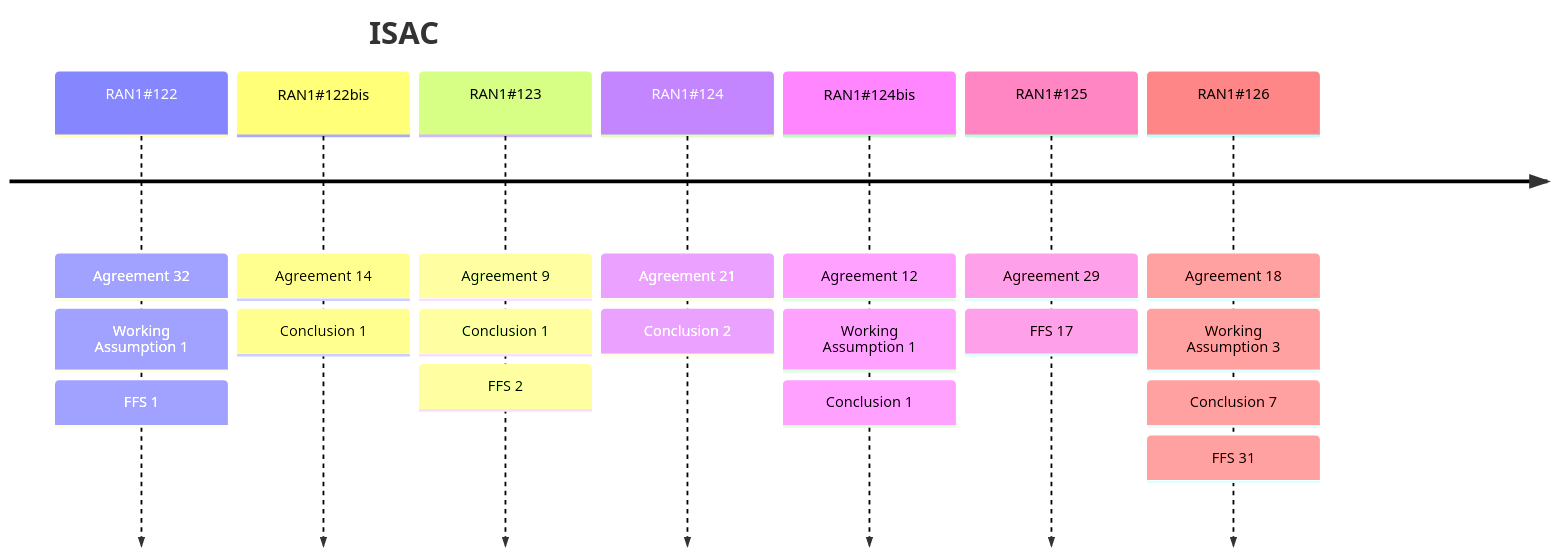
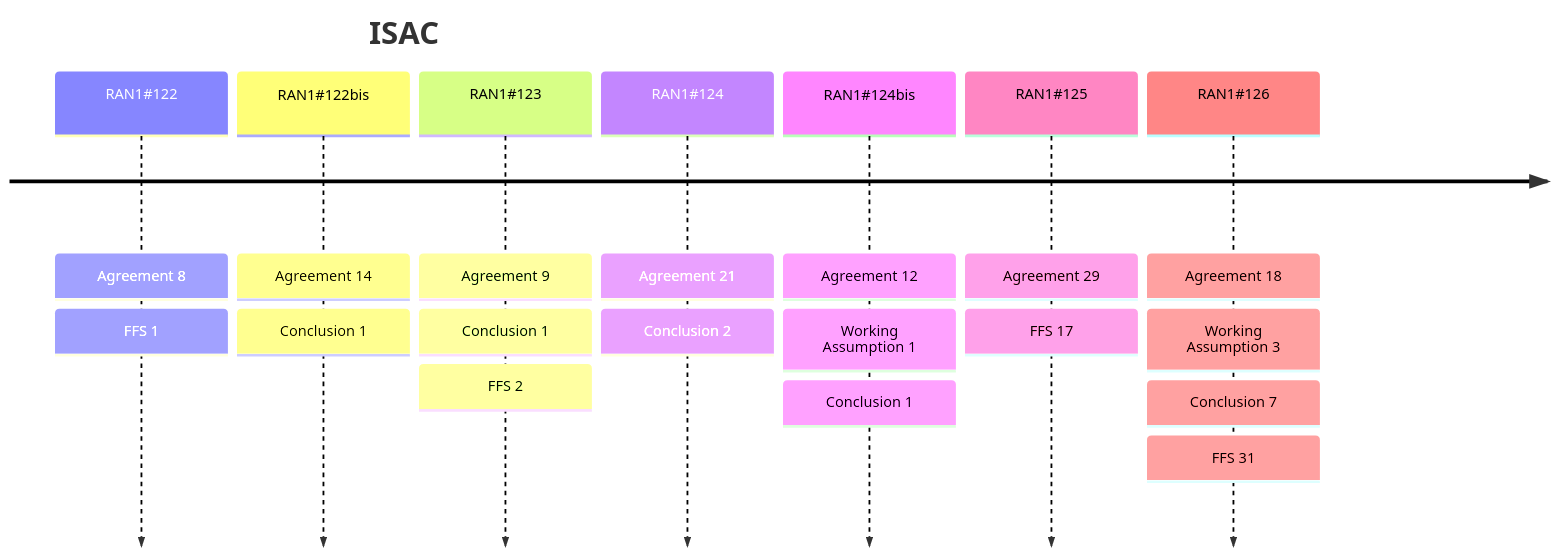
One commit to jgunmoon/JG_Test_Project changed the diagram in reports/by_item/isac.md. Above: the diagram before and after it, drawn with Mermaid. The commit also changed other lines of this file and 15 other files, not shown here.

````diff
--- a/reports/by_item/isac.md
+++ b/reports/by_item/isac.md
@@ -7,11 +7,11 @@
 ```mermaid
 timeline
     title ISAC
-    RAN1#35;122 : Agreement 32 : Working Assumption 1 : FFS 1
+    RAN1#35;122 : Agreement 8 : FFS 1
     RAN1#35;122bis : Agreement 14 : Conclusion 1
     RAN1#35;123 : Agreement 9 : Conclusion 1 : FFS 2
     RAN1#35;124 : Agreement 21 : Conclusion 2
     RAN1#35;124bis : Agreement 12 : Working Assumption 1 : Conclusion 1
     RAN1#35;125 : Agreement 29 : FFS 17
     RAN1#35;126 : Agreement 18 : Working Assumption 3 : Conclusion 7 : FFS 31
 ```
````
